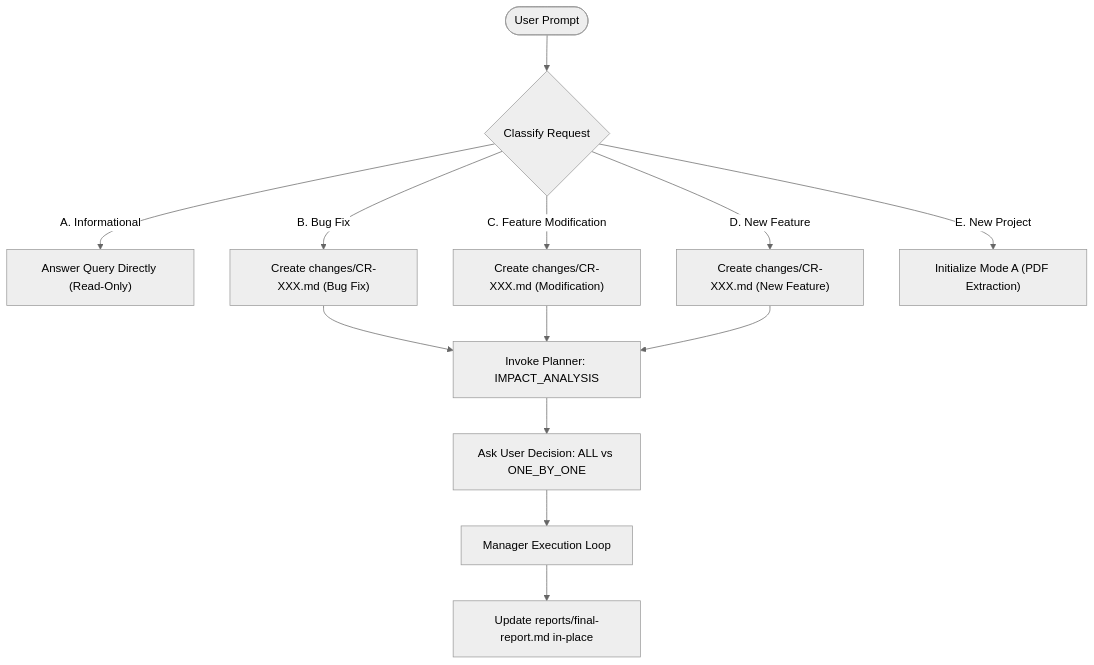
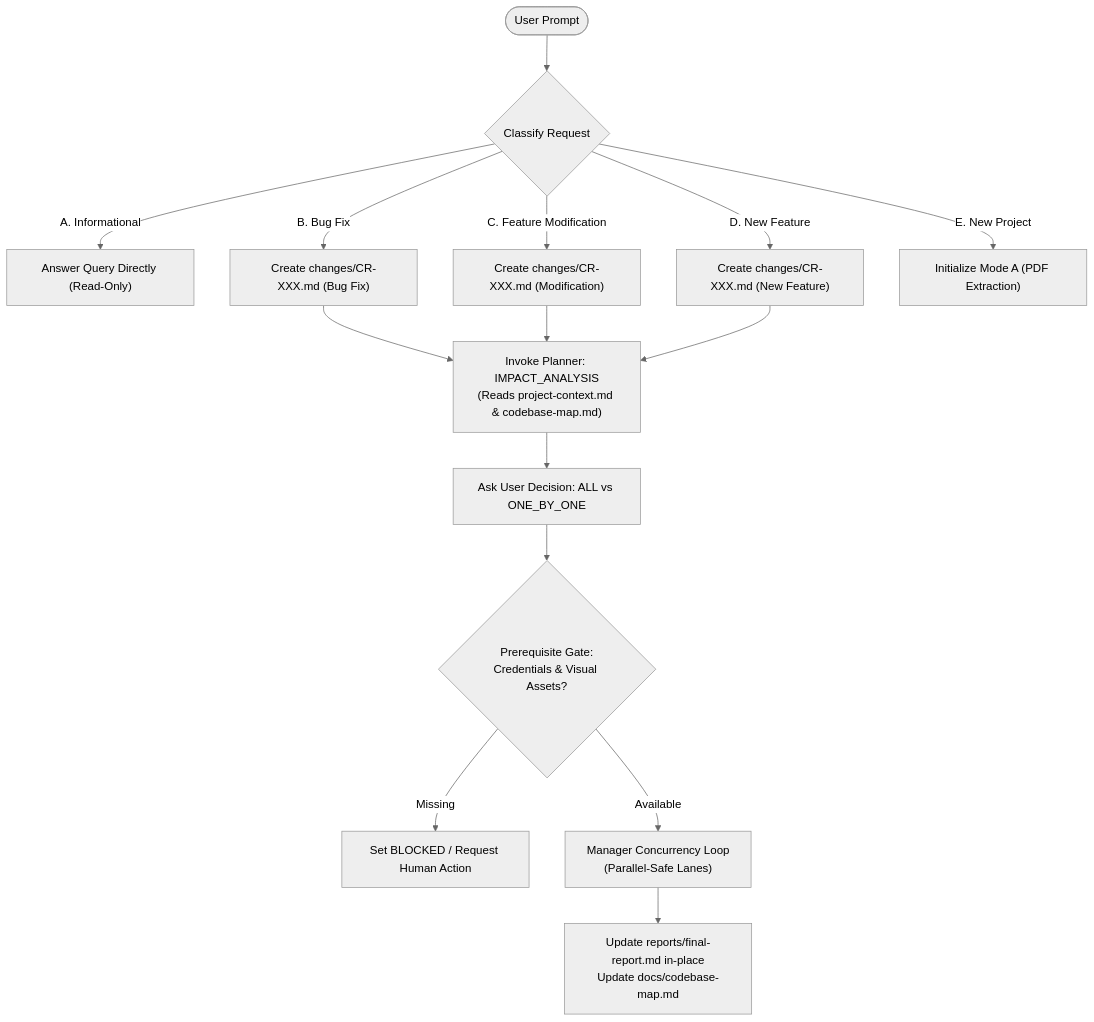
One commit to 07ReuelBodhak/AgentForge changed the diagram in .agents/change-detection.md. Above: the diagram before and after it, drawn with Mermaid (neutral theme). The commit also changed other lines of this file and 36 other files, not shown here.

First line of the commit message:
feat(v2.4): forensic recovery and architecture hardening with preflight and safety gates

````diff
--- a/.agents/change-detection.md
+++ b/.agents/change-detection.md
@@ -5,15 +5,17 @@
 ```mermaid
 flowchart TD
     User([User Prompt]) --> Detect{Classify Request}
     
     Detect -->|A. Informational| Info["Answer Query Directly (Read-Only)"]
     Detect -->|B. Bug Fix| Fix["Create changes/CR-XXX.md (Bug Fix)"]
     Detect -->|C. Feature Modification| Mod["Create changes/CR-XXX.md (Modification)"]
     Detect -->|D. New Feature| NewFeat["Create changes/CR-XXX.md (New Feature)"]
     Detect -->|E. New Project| NewProj["Initialize Mode A (PDF Extraction)"]
     
-    Fix & Mod & NewFeat --> Planner["Invoke Planner: IMPACT_ANALYSIS"]
+    Fix & Mod & NewFeat --> Planner["Invoke Planner: IMPACT_ANALYSIS\n(Reads project-context.md & codebase-map.md)"]
     Planner --> Decision["Ask User Decision: ALL vs ONE_BY_ONE"]
-    Decision --> Manager["Manager Execution Loop"]
-    Manager --> UpdateReport["Update reports/final-report.md in-place"]
+    Decision --> PrereqGate{"Prerequisite Gate:\nCredentials & Visual Assets?"}
+    PrereqGate -->|Missing| Blocked["Set BLOCKED / Request Human Action"]
+    PrereqGate -->|Available| Manager["Manager Concurrency Loop\n(Parallel-Safe Lanes)"]
+    Manager --> UpdateReport["Update reports/final-report.md in-place\nUpdate docs/codebase-map.md"]
 ```
````
